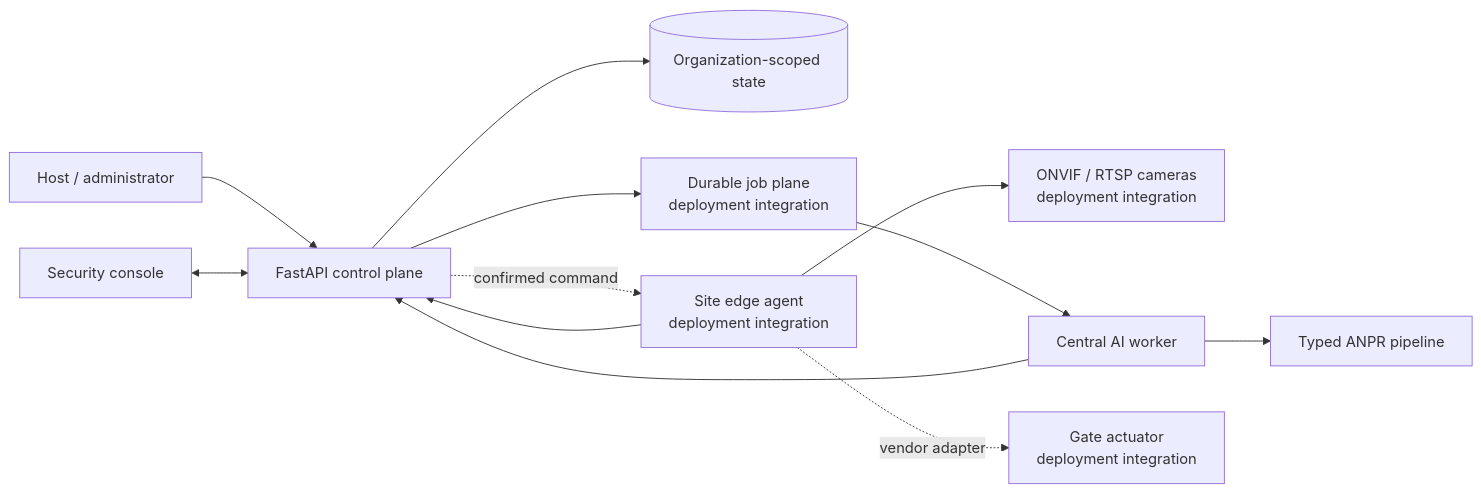
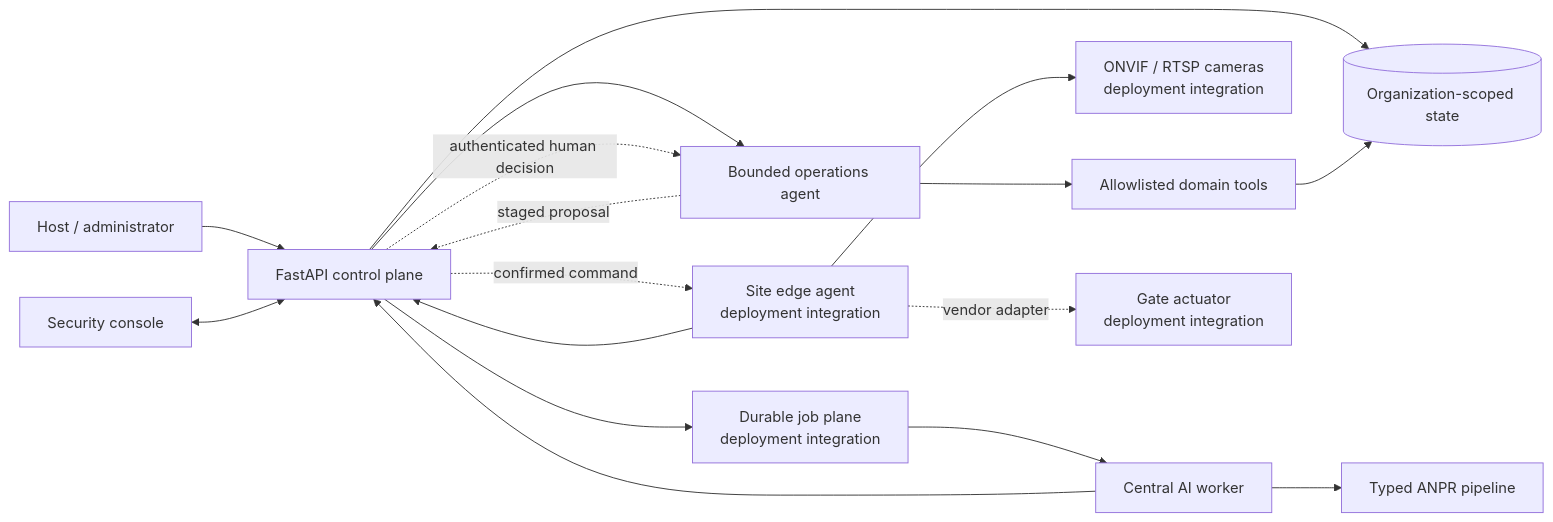
The diagram in README.md (Mohemed-Amine-Chalhy/number-plate-recognition), drawn with Mermaid before and after one commit. The commit also changed other lines of this file and 18 other files, not shown here.

Commit message:
docs(agentic): document architecture and operating boundaries

````diff
--- a/README.md
+++ b/README.md
@@ -128,14 +162,19 @@
 ```mermaid
 flowchart LR
     Host[Host / administrator] --> API[FastAPI control plane]
     Security[Security console] <--> API
     API --> DB[(Organization-scoped state)]
+    API --> Agent[Bounded operations agent]
+    Agent --> Tools[Allowlisted domain tools]
+    Tools --> DB
+    Agent -. staged proposal .-> API
+    API -. authenticated human decision .-> Agent
     Edge[Site edge agent<br/>deployment integration] --> API
     Edge --> Camera[ONVIF / RTSP cameras<br/>deployment integration]
     API --> Queue[Durable job plane<br/>deployment integration]
     Queue --> Worker[Central AI worker]
     Worker --> Models[Typed ANPR pipeline]
     Worker --> API
     API -. confirmed command .-> Edge
     Edge -. vendor adapter .-> Barrier[Gate actuator<br/>deployment integration]
 ```
````
